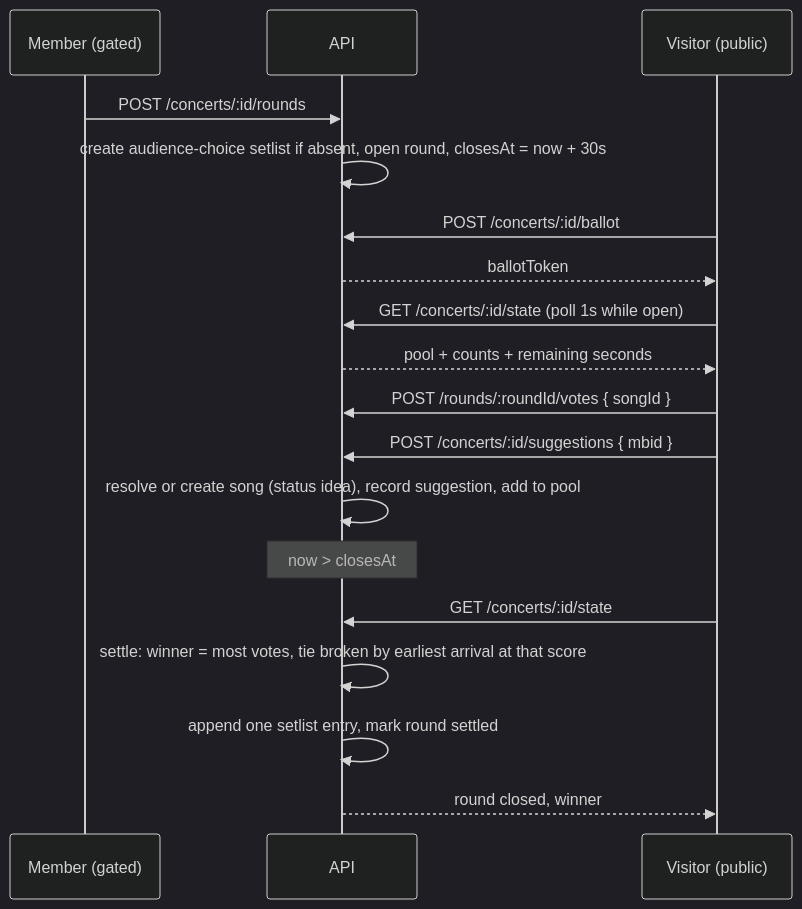
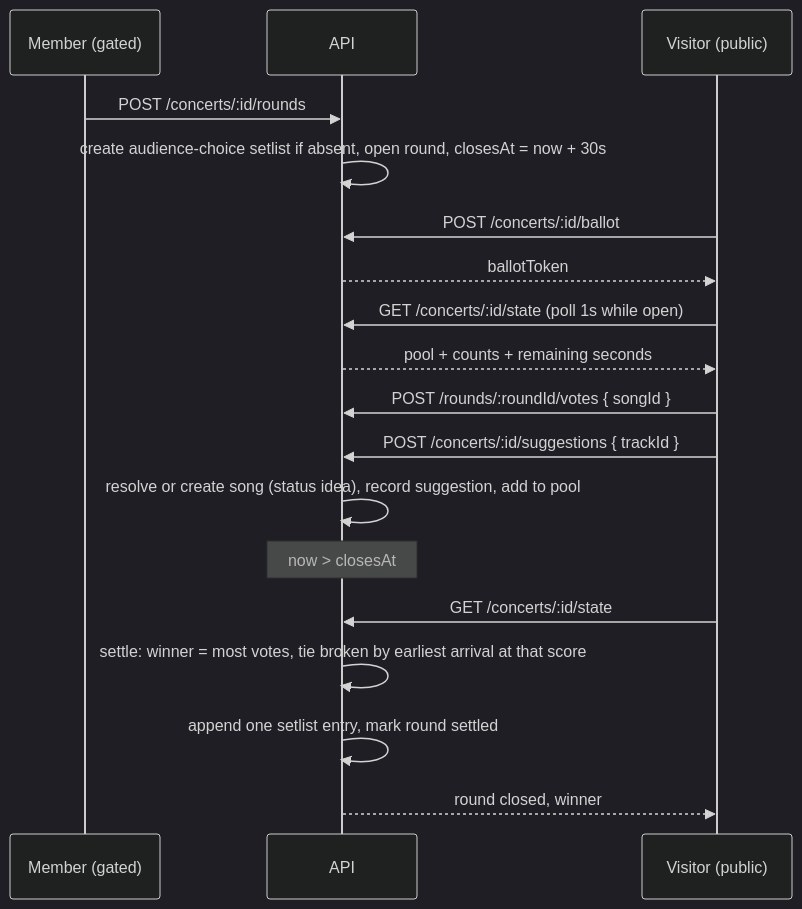
The diagram in docs/features/pragma/audience-song-voting/spec/spec.md (hugoleborso/borso.fr), drawn with Mermaid (dark theme) before and after one commit. The commit also changed other lines of this file and 1 other file, not shown here.

````diff
--- a/docs/features/pragma/audience-song-voting/spec/spec.md
+++ b/docs/features/pragma/audience-song-voting/spec/spec.md
@@ -47,20 +47,20 @@
 ```mermaid
 sequenceDiagram
     participant M as Member (gated)
     participant A as API
     participant V as Visitor (public)
     M->>A: POST /concerts/:id/rounds
     A->>A: create audience-choice setlist if absent, open round, closesAt = now + 30s
     V->>A: POST /concerts/:id/ballot
     A-->>V: ballotToken
     V->>A: GET /concerts/:id/state (poll 1s while open)
     A-->>V: pool + counts + remaining seconds
     V->>A: POST /rounds/:roundId/votes { songId }
-    V->>A: POST /concerts/:id/suggestions { mbid }
+    V->>A: POST /concerts/:id/suggestions { trackId }
     A->>A: resolve or create song (status idea), record suggestion, add to pool
     Note over A: now > closesAt
     V->>A: GET /concerts/:id/state
     A->>A: settle: winner = most votes, tie broken by earliest arrival at that score
     A->>A: append one setlist entry, mark round settled
     A-->>V: round closed, winner
 ```
````
